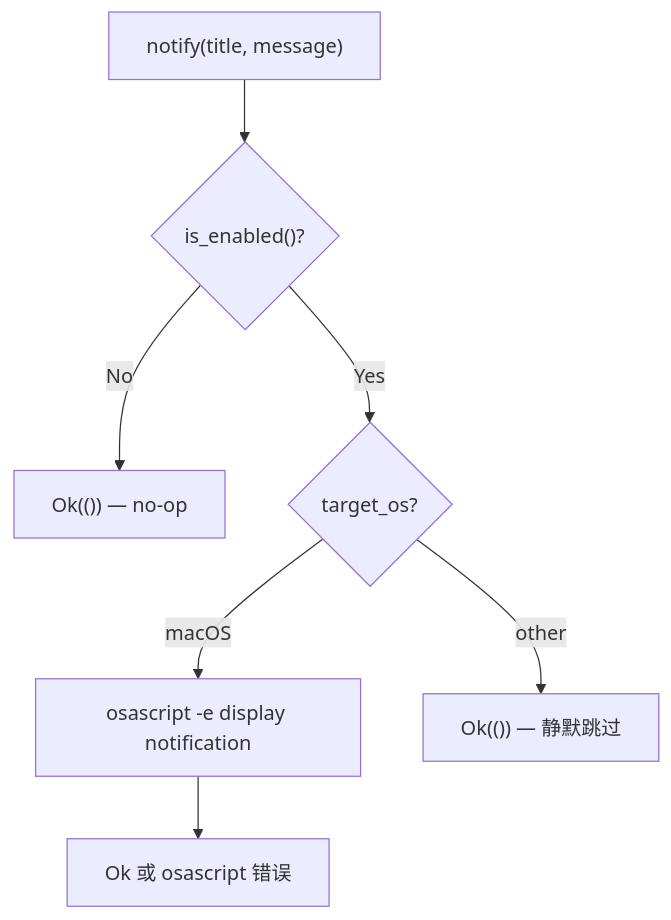
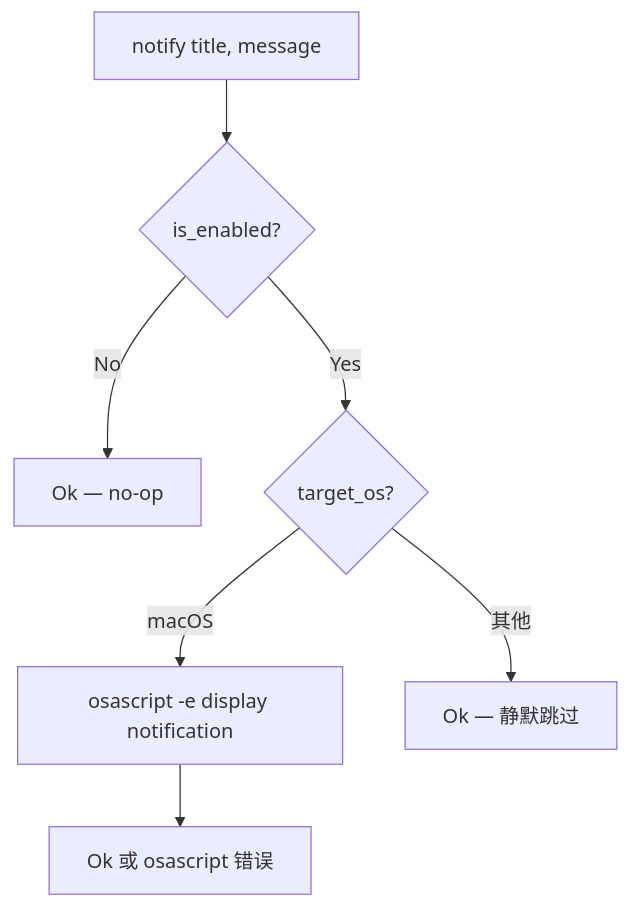
Before and after one commit to rust-infra/tact: the first of 2 diagrams in book/17_chapter_notify_zh.md, drawn with Mermaid. The commit also changed other lines of this file and 303 other files, not shown here.

````diff
--- a/book/17_chapter_notify_zh.md
+++ b/book/17_chapter_notify_zh.md
@@ -33,11 +31,9 @@
 ```mermaid
-flowchart TD
-    Call["notify(title, message)"] --> Enabled{"is_enabled()?"}
-    Enabled -- No --> Skip["Ok(()) — no-op"]
-    Enabled -- Yes --> OS{"target_os?"}
-
-    OS -- macOS --> Script["osascript -e display notification"]
-    Script --> Result["Ok 或 osascript 错误"]
-
-    OS -- other --> NoOp["Ok(()) — 静默跳过"]
+graph TD
+    a_call[notify title, message] --> b_enabled{is_enabled?}
+    b_enabled -->|No| c_skip[Ok — no-op]
+    b_enabled -->|Yes| d_os{target_os?}
+    d_os -->|macOS| e_script[osascript -e display notification]
+    d_os -->|其他| f_noop[Ok — 静默跳过]
+    e_script --> g_result[Ok 或 osascript 错误]
 ```
````
